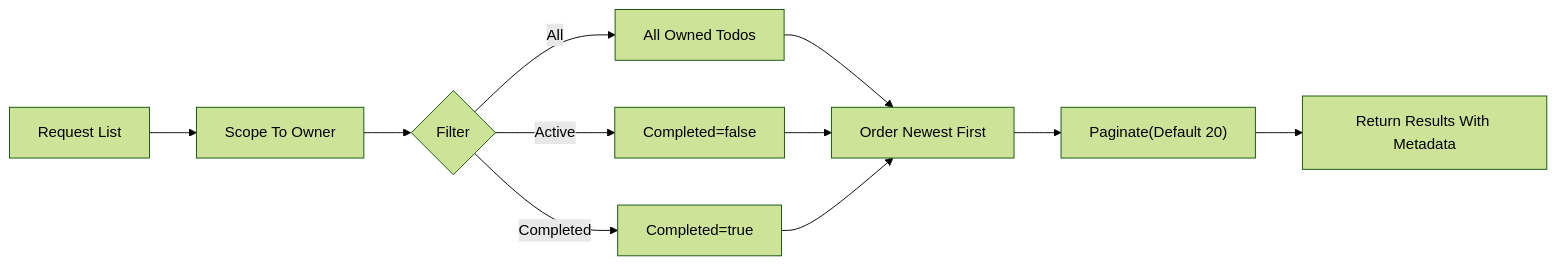
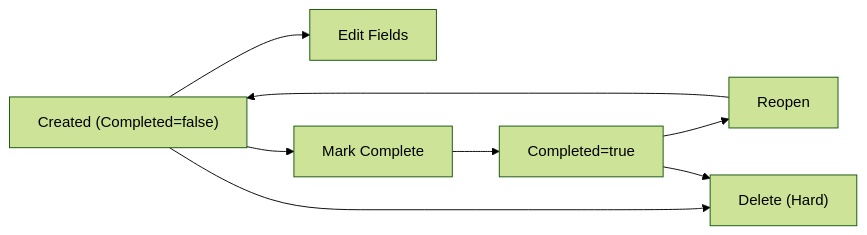
Before and after one commit to wrtnlabs/autobe-examples: the second of 2 diagrams in openai/gpt-5/todo/docs/analysis/05-user-flows.md, drawn with Mermaid (forest theme). The commit also changed other lines of this file and 16146 other files, not shown here.

````diff
--- a/openai/gpt-5/todo/docs/analysis/05-user-flows.md
+++ b/openai/gpt-5/todo/docs/analysis/05-user-flows.md
@@ -199,13 +196,10 @@
 ```mermaid
 graph LR
-  A["Request List"] --> B["Scope To Owner"]
-  B --> C{"Filter"}
-  C -->|"All"| D["All Owned Todos"]
-  C -->|"Active"| E["Completed=false"]
-  C -->|"Completed"| F["Completed=true"]
-  D --> G["Order Newest First"]
-  E --> G
-  F --> G
-  G --> H["Paginate(Default 20)"]
-  H --> I["Return Results With Metadata"]
+  A["Created (Completed=false)"] --> B["Edit Fields"]
+  A --> C["Mark Complete"]
+  C --> D["Completed=true"]
+  D --> E["Reopen"]
+  E --> A
+  A --> F["Delete (Hard)"]
+  D --> F
 ```
````
